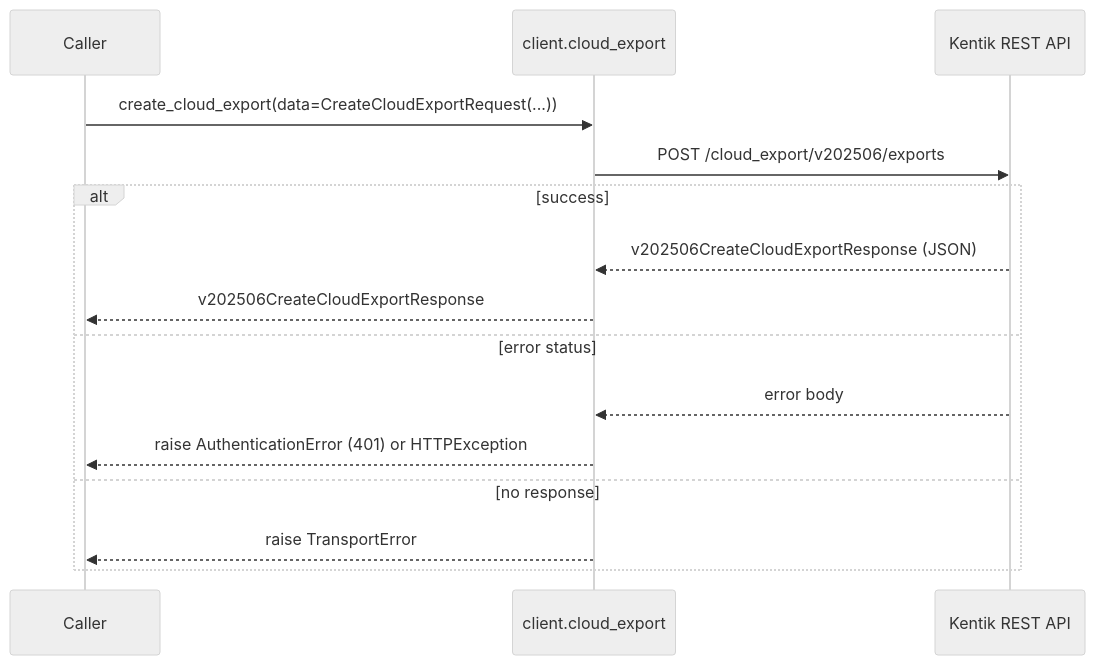
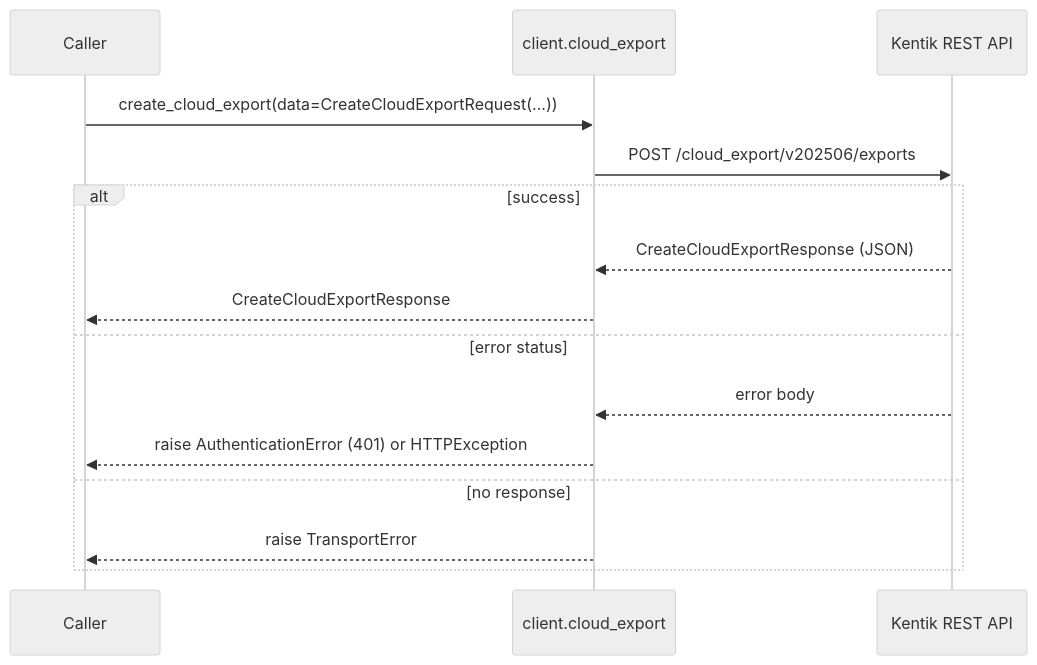
Before and after one commit to alexdearaujo/community_sdk_python: the fourth of 12 diagrams in docs/sphinx/services/cloud_export.md, drawn with Mermaid (neutral theme). The commit also changed other lines of this file and 38 other files, not shown here.

````diff
--- a/docs/sphinx/services/cloud_export.md
+++ b/docs/sphinx/services/cloud_export.md
@@ -106,18 +106,18 @@
 ```mermaid
 sequenceDiagram
     participant C as Caller
     participant W as client.cloud_export
     participant API as Kentik REST API
 
     C->>W: create_cloud_export(data=CreateCloudExportRequest(...))
     W->>API: POST /cloud_export/v202506/exports
     alt success
-        API-->>W: v202506CreateCloudExportResponse (JSON)
-        W-->>C: v202506CreateCloudExportResponse
+        API-->>W: CreateCloudExportResponse (JSON)
+        W-->>C: CreateCloudExportResponse
     else error status
         API-->>W: error body
         W-->>C: raise AuthenticationError (401) or HTTPException
     else no response
         W-->>C: raise TransportError
     end
 ```
````
